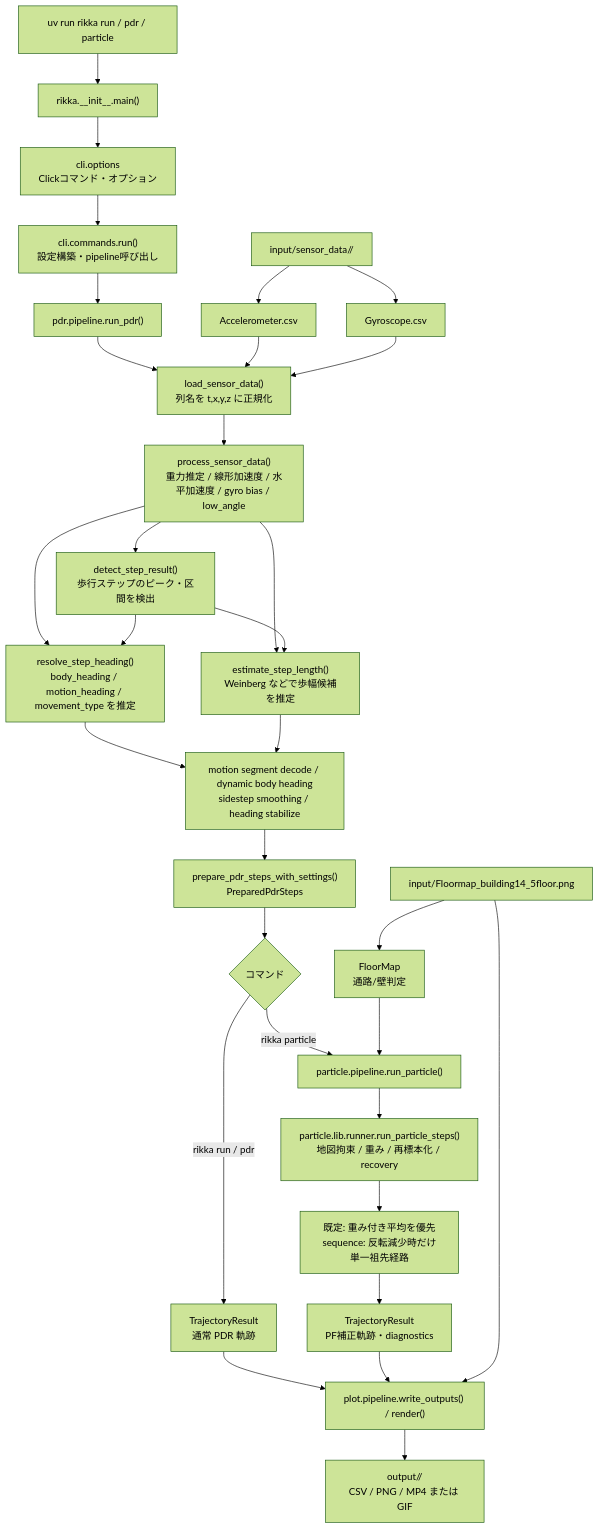
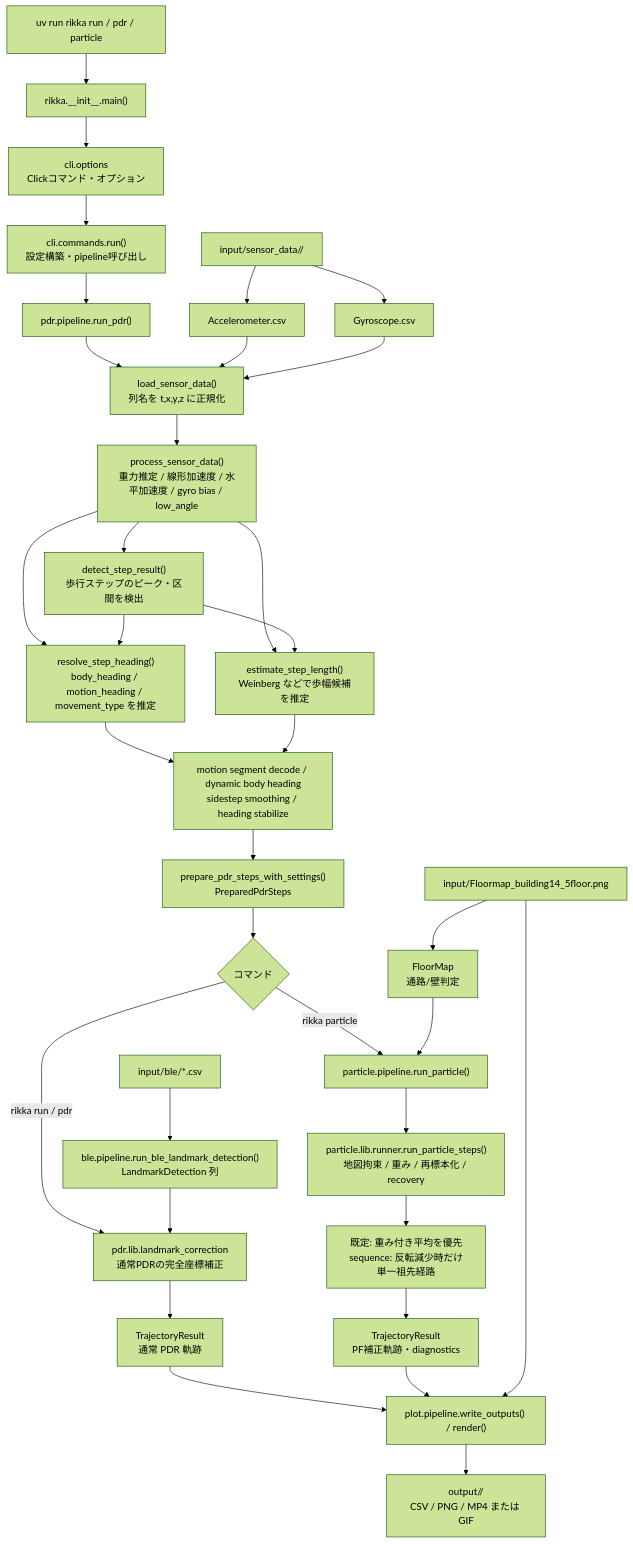
One commit to kajiLabTeam/rikka changed the first of 2 diagrams in README.md. Above: the diagram before and after it, drawn with Mermaid (forest theme). The commit also changed other lines of this file and 16 other files, not shown here.

````diff
--- a/README.md
+++ b/README.md
@@ -167,39 +180,42 @@
 ```mermaid
 flowchart TD
     command["uv run rikka run / pdr / particle"] --> entry["rikka.__init__.main()"]
     entry --> cli_options["cli.options\nClickコマンド・オプション"]
     cli_options --> cli_run["cli.commands.run()\n設定構築・pipeline呼び出し"]
 
     input_dir["input/sensor_data/<data_dir>/"] --> acc_csv["Accelerometer.csv"]
     input_dir --> gyro_csv["Gyroscope.csv"]
 
     cli_run --> pdr_pipeline["pdr.pipeline.run_pdr()"]
     pdr_pipeline --> load["load_sensor_data()\n列名を t,x,y,z に正規化"]
     acc_csv --> load
     gyro_csv --> load
     load --> preprocess["process_sensor_data()\n重力推定 / 線形加速度 / 水平加速度 / gyro bias / low_angle"]
 
     preprocess --> step_detect["detect_step_result()\n歩行ステップのピーク・区間を検出"]
     preprocess --> heading["resolve_step_heading()\nbody_heading / motion_heading / movement_type を推定"]
     step_detect --> heading
     preprocess --> step_length["estimate_step_length()\nWeinberg などで歩幅候補を推定"]
     step_detect --> step_length
     heading --> sidestep["motion segment decode / dynamic body heading\nsidestep smoothing / heading stabilize"]
     step_length --> sidestep
     sidestep --> prepared["prepare_pdr_steps_with_settings()\nPreparedPdrSteps"]
 
     prepared --> pdr_branch{"コマンド"}
-    pdr_branch -->|rikka run / pdr| det_traj["TrajectoryResult\n通常 PDR 軌跡"]
+    ble_csv["input/ble/*.csv"] --> ble_pipeline["ble.pipeline.run_ble_landmark_detection()\nLandmarkDetection 列"]
+    pdr_branch -->|rikka run / pdr| pdr_landmark["pdr.lib.landmark_correction\n通常PDRの完全座標補正"]
+    ble_pipeline --> pdr_landmark
+    pdr_landmark --> det_traj["TrajectoryResult\n通常 PDR 軌跡"]
     pdr_branch -->|rikka particle| particle_pipeline["particle.pipeline.run_particle()"]
     particle_pipeline --> pf["particle.lib.runner.run_particle_steps()\n地図拘束 / 重み / 再標本化 / recovery"]
 
     floormap["input/Floormap_building14_5floor.png"] --> pf_map["FloorMap\n通路/壁判定"]
     pf_map --> particle_pipeline
     pf --> pf_path["既定: 重み付き平均を優先\nsequence: 反転減少時だけ単一祖先経路"]
 
     det_traj --> plot_pipeline["plot.pipeline.write_outputs() / render()"]
     pf_path --> pf_result["TrajectoryResult\nPF補正軌跡・diagnostics"]
     pf_result --> plot_pipeline
     floormap --> plot_pipeline
     plot_pipeline --> output_dir["output/<timestamp>/\nCSV / PNG / MP4 または GIF"]
 ```
````
